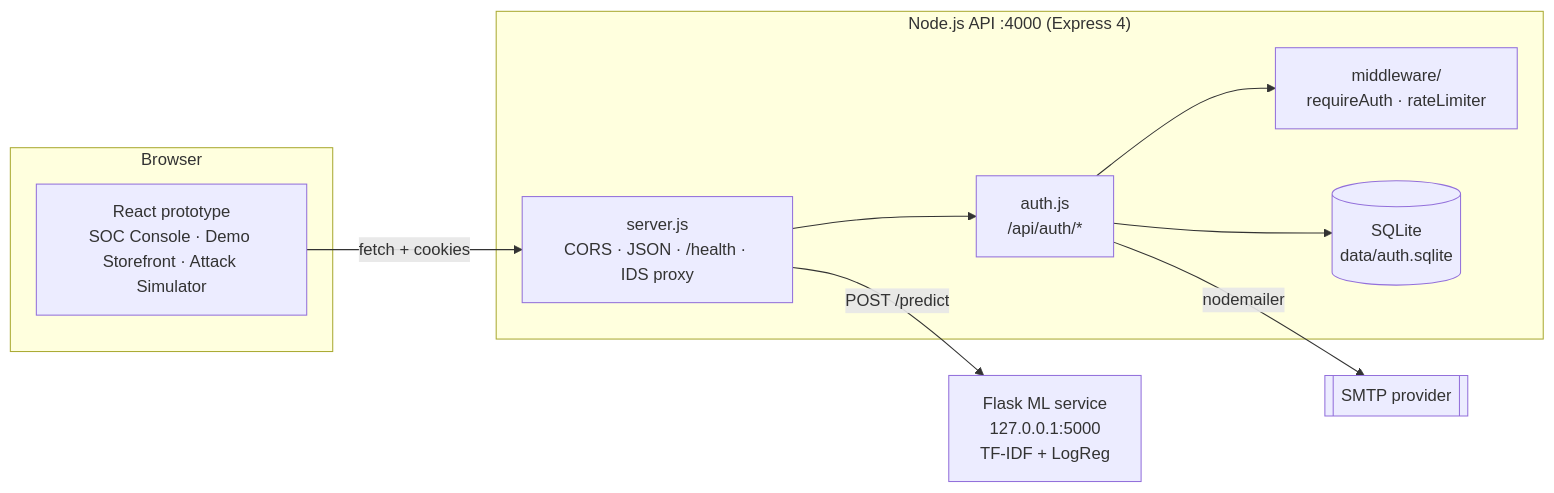
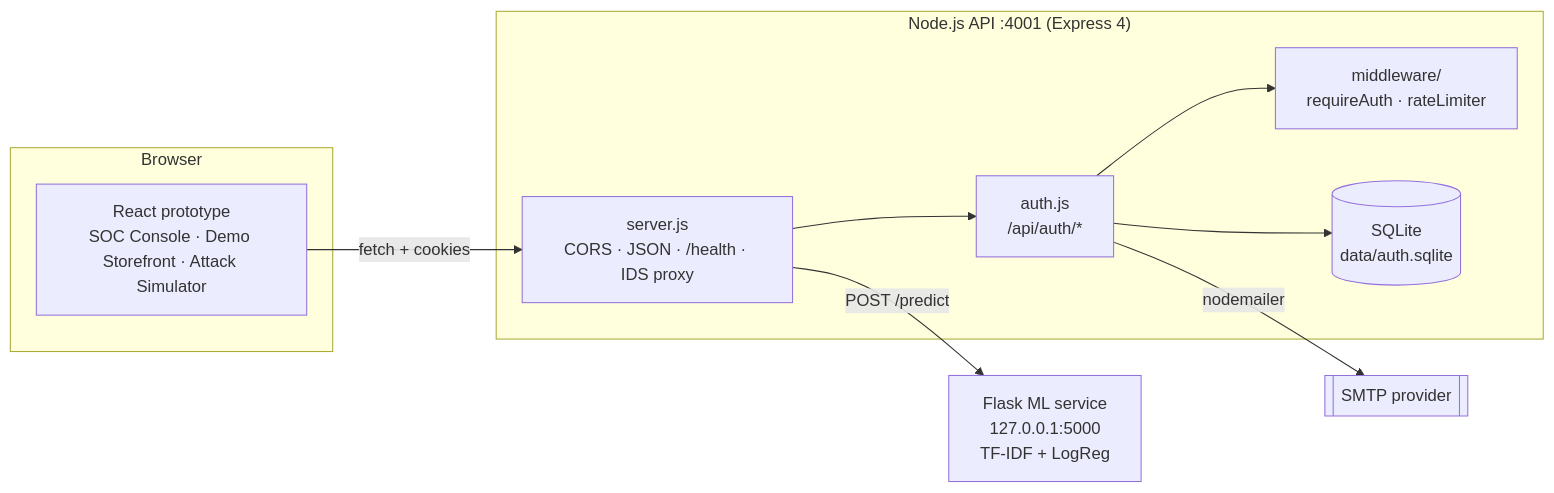
The first of 2 diagrams in docs/architecture.md (pratham-mehta-dev/Aegis), drawn with Mermaid before and after one commit. The commit also changed other lines of this file and 31 other files, not shown here.

````diff
--- a/docs/architecture.md
+++ b/docs/architecture.md
@@ -7,20 +7,20 @@
 ```mermaid
 flowchart LR
   subgraph Client["Browser"]
     FE["React prototype<br/>SOC Console · Demo Storefront · Attack Simulator"]
   end
-  subgraph API["Node.js API :4000 (Express 4)"]
+  subgraph API["Node.js API :4001 (Express 4)"]
     SRV["server.js<br/>CORS · JSON · /health · IDS proxy"]
     AUTH["auth.js<br/>/api/auth/*"]
     MW["middleware/<br/>requireAuth · rateLimiter"]
     DB[("SQLite<br/>data/auth.sqlite")]
   end
   ML["Flask ML service<br/>127.0.0.1:5000<br/>TF-IDF + LogReg"]
   SMTP[["SMTP provider"]]
   FE -- "fetch + cookies" --> SRV
   SRV --> AUTH
   AUTH --> MW
   AUTH --> DB
   AUTH -- "nodemailer" --> SMTP
   SRV -- "POST /predict" --> ML
 ```
````
